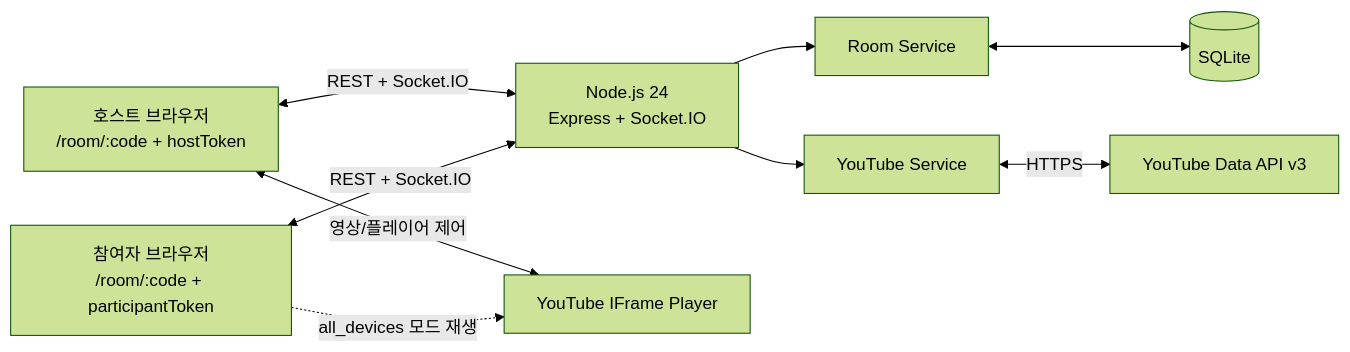
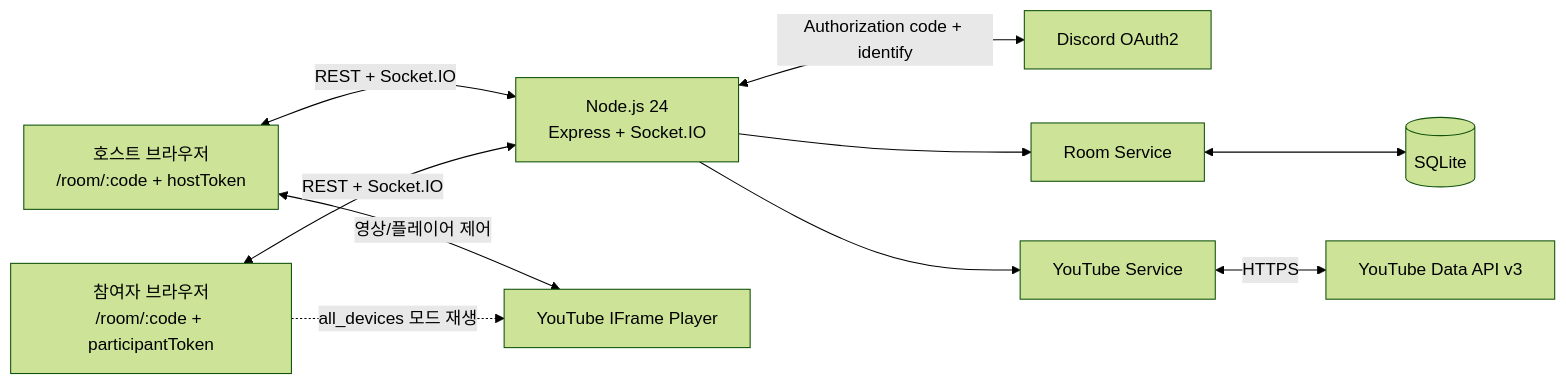
Before and after one commit to whitekw/jukebox: the first of 7 diagrams in docs/ARCHITECTURE.md, drawn with Mermaid (forest theme). The commit also changed other lines of this file and 28 other files, not shown here.

````diff
--- a/docs/ARCHITECTURE.md
+++ b/docs/ARCHITECTURE.md
@@ -7,20 +7,22 @@
 ```mermaid
 flowchart LR
     H[호스트 브라우저\n/room/:code + hostToken]
     P[참여자 브라우저\n/room/:code + participantToken]
     S[Node.js 24\nExpress + Socket.IO]
+    D[Discord OAuth2]
     R[Room Service]
     Y[YouTube Service]
     DB[(SQLite)]
     YD[YouTube Data API v3]
     YP[YouTube IFrame Player]
 
     H <-->|REST + Socket.IO| S
     P <-->|REST + Socket.IO| S
     S --> R
     S --> Y
     R <--> DB
     Y <-->|HTTPS| YD
+    S <-->|Authorization code + identify| D
     H <-->|영상/플레이어 제어| YP
     P -.->|all_devices 모드 재생| YP
 ```
````
